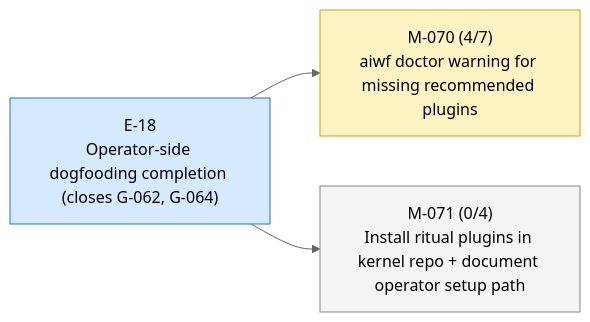
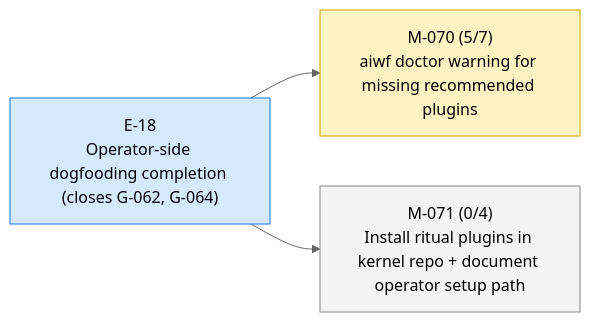
One commit to 23min/aiwf changed the first of 3 diagrams in STATUS.md. Above: the diagram before and after it, drawn with Mermaid (neutral theme). The commit also changed other lines of this file and 1 other file, not shown here.

First line of the commit message:
aiwf promote M-070/AC-5 open -> met

````diff
--- a/STATUS.md
+++ b/STATUS.md
@@ -12,14 +12,14 @@
 ```mermaid
 flowchart LR
   E_18["E-18<br/>Operator-side dogfooding completion (closes G-062, G-064)"]:::epic_active
-  M_070["M-070 (4/7)<br/>aiwf doctor warning for missing recommended plugins"]:::ms_in_progress
+  M_070["M-070 (5/7)<br/>aiwf doctor warning for missing recommended plugins"]:::ms_in_progress
   E_18 --> M_070
   M_071["M-071 (0/4)<br/>Install ritual plugins in kernel repo + document operator setup path"]:::ms_draft
   E_18 --> M_071
   classDef epic_active fill:#d6eaff,stroke:#1a73e8,color:#000
   classDef epic_proposed fill:#f4f4f4,stroke:#888,color:#000
   classDef ms_done fill:#d8f5d8,stroke:#2a8a2a,color:#000
   classDef ms_in_progress fill:#fff3c4,stroke:#caa400,color:#000
   classDef ms_draft fill:#f4f4f4,stroke:#888,color:#000
   classDef ms_cancelled fill:#fbeaea,stroke:#c33,color:#000
 ```
````
